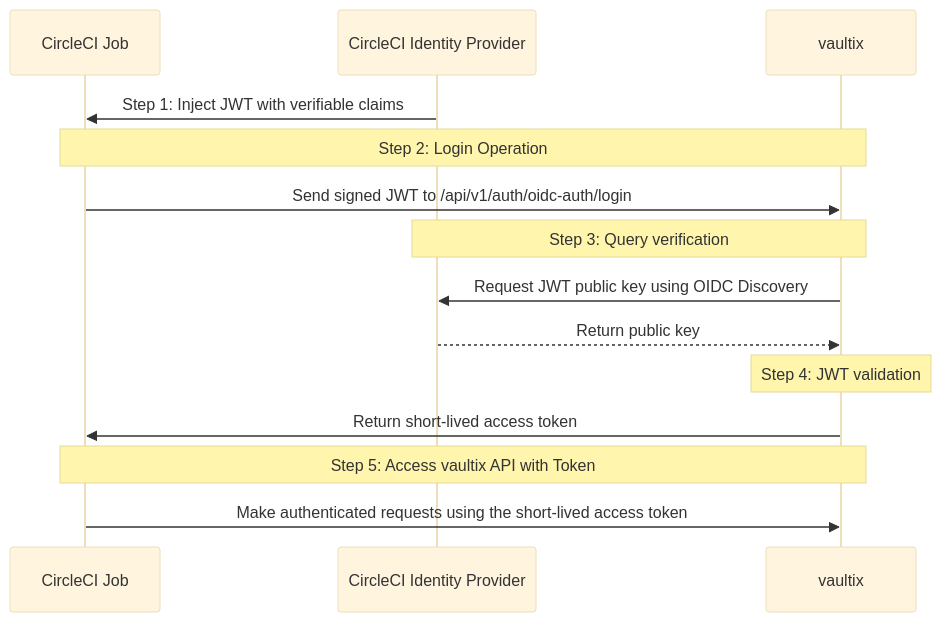
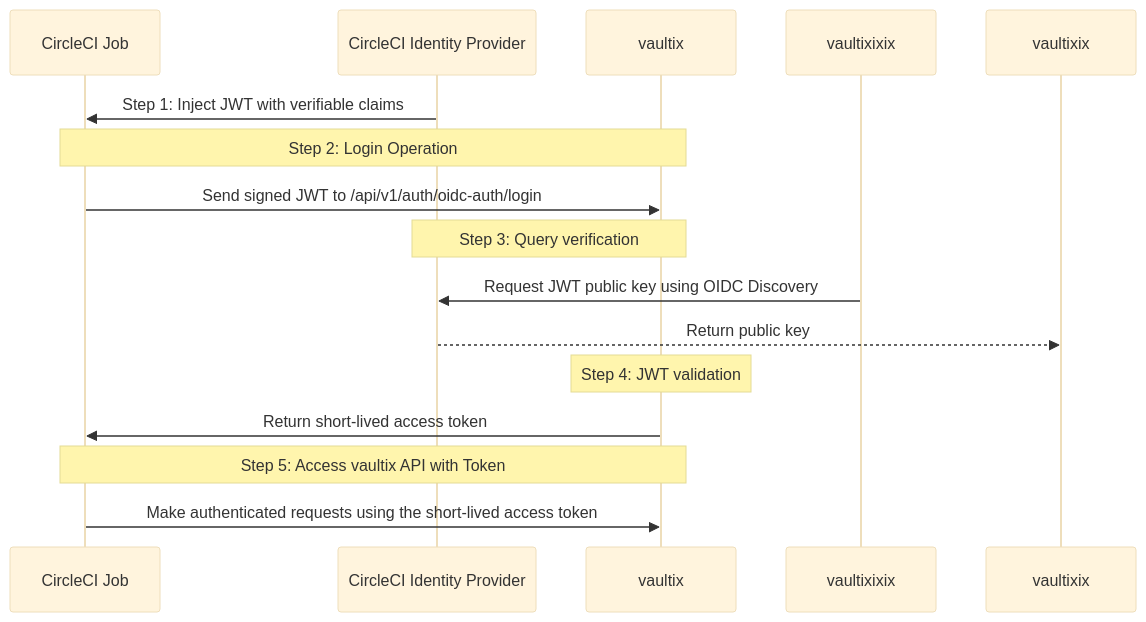
The diagram in core/docs/documentation/platform/identities/oidc-auth/circleci.mdx (shippinAI/vaultix), drawn with Mermaid (base theme) before and after one commit. The commit also changed 52 other files, not shown here.

````diff
--- a/core/docs/documentation/platform/identities/oidc-auth/circleci.mdx
+++ b/core/docs/documentation/platform/identities/oidc-auth/circleci.mdx
@@ -12,21 +12,21 @@
 ```mermaid
 sequenceDiagram
   participant Client as CircleCI Job
   participant Idp as CircleCI Identity Provider
-  participant Infis as vaultix
+  participant vaultix as vaultix
 
   Idp->>Client: Step 1: Inject JWT with verifiable claims
 
-  Note over Client,Infis: Step 2: Login Operation
-  Client->>Infis: Send signed JWT to /api/v1/auth/oidc-auth/login
+  Note over Client,vaultix: Step 2: Login Operation
+  Client->>vaultix: Send signed JWT to /api/v1/auth/oidc-auth/login
 
-  Note over Infis,Idp: Step 3: Query verification
-  Infis->>Idp: Request JWT public key using OIDC Discovery
-  Idp-->>Infis: Return public key
+  Note over vaultix,Idp: Step 3: Query verification
+  vaultixixix->>Idp: Request JWT public key using OIDC Discovery
+  Idp-->>vaultixix: Return public key
 
-  Note over Infis: Step 4: JWT validation
-  Infis->>Client: Return short-lived access token
+  Note over vaultix: Step 4: JWT validation
+  vaultix->>Client: Return short-lived access token
 
-  Note over Client,Infis: Step 5: Access vaultix API with Token
-  Client->>Infis: Make authenticated requests using the short-lived access token
+  Note over Client,vaultix: Step 5: Access vaultix API with Token
+  Client->>vaultix: Make authenticated requests using the short-lived access token
 ```
````
